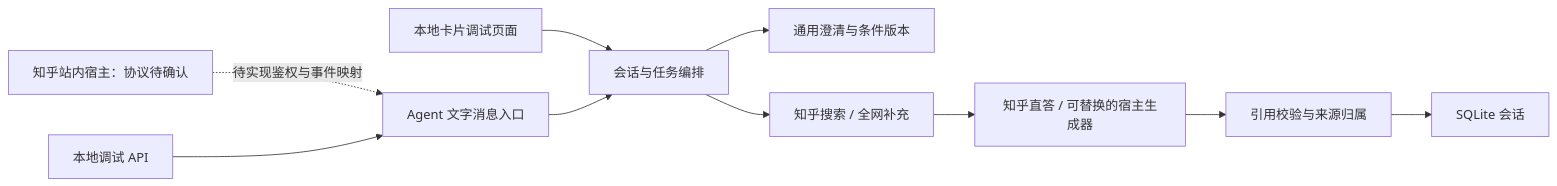
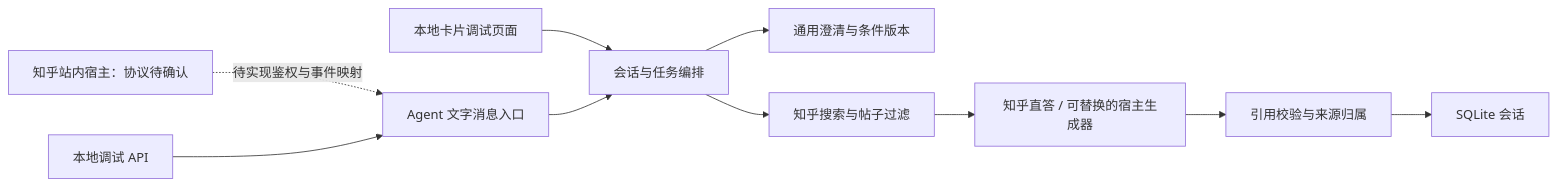
Before and after one commit to Alia0415/tanshan-agent: the diagram in docs/ARCHITECTURE.md, drawn with Mermaid. The commit also changed other lines of this file and 17 other files, not shown here.

````diff
--- a/docs/ARCHITECTURE.md
+++ b/docs/ARCHITECTURE.md
@@ -5,12 +5,12 @@
 ```mermaid
 flowchart LR
   Host[知乎站内宿主：协议待确认] -. 待实现鉴权与事件映射 .-> Bridge[Agent 文字消息入口]
   Debug[本地调试 API] --> Bridge
   Cards[本地卡片调试页面] --> Runtime[会话与任务编排]
   Bridge --> Runtime
   Runtime --> Rules[通用澄清与条件版本]
-  Runtime --> Search[知乎搜索 / 全网补充]
+  Runtime --> Search[知乎搜索与帖子过滤]
   Search --> Generate[知乎直答 / 可替换的宿主生成器]
   Generate --> Evidence[引用校验与来源归属]
   Evidence --> Store[SQLite 会话]
 ```
````
